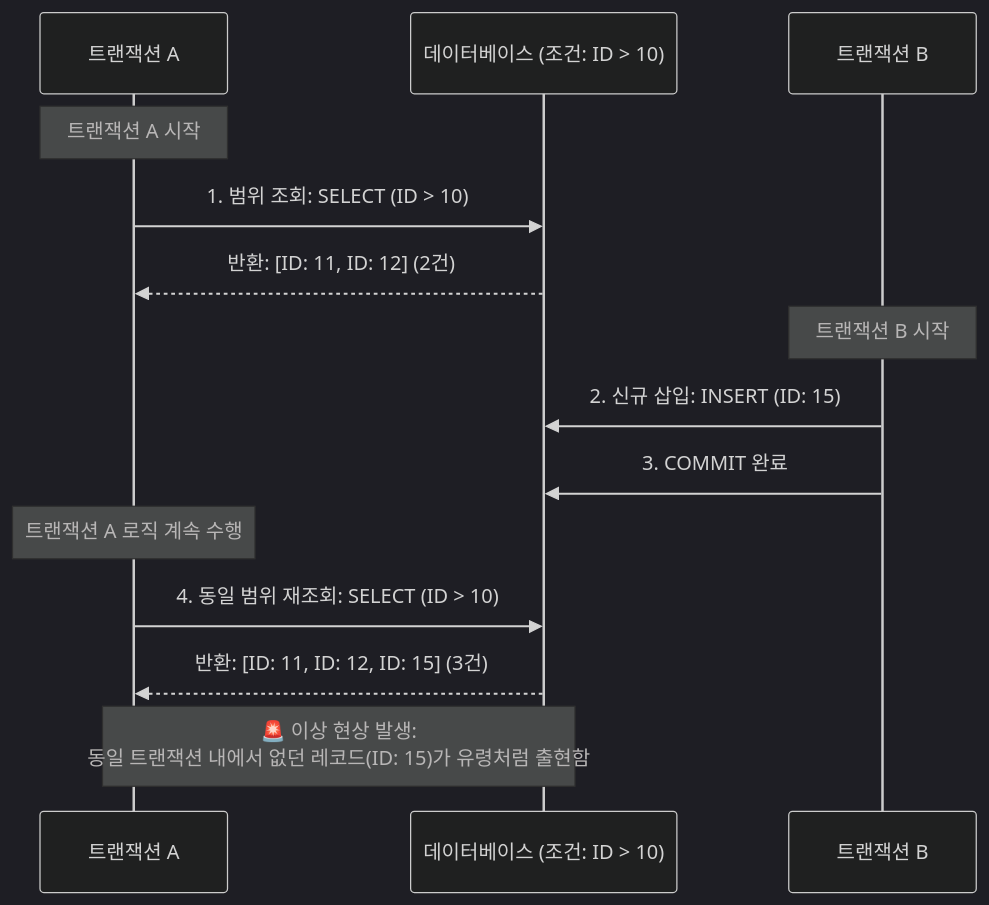
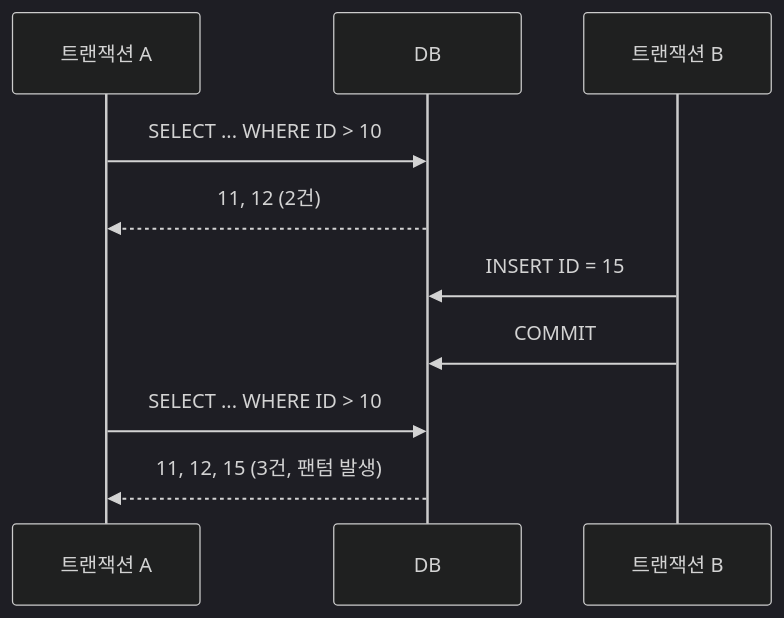
The diagram in content/01_IT Tech/Phantom Read.md (supremethumb/supremethumb.github.io), drawn with Mermaid (dark theme) before and after one commit. The commit also changed other lines of this file and 1087 other files, not shown here.

````diff
--- a/content/01_IT Tech/Phantom Read.md
+++ b/content/01_IT Tech/Phantom Read.md
@@ -27,24 +35,12 @@
 ```mermaid
 sequenceDiagram
-    participant TxA as 트랜잭션 A
-    participant DB as 데이터베이스 (조건: ID > 10)
-    participant TxB as 트랜잭션 B
-
-    Note over TxA: 트랜잭션 A 시작
-
-    TxA->>DB: 1. 범위 조회: SELECT (ID > 10)
-    DB-->>TxA: 반환: [ID: 11, ID: 12] (2건)
-    
-    Note over TxB: 트랜잭션 B 시작
-
-    TxB->>DB: 2. 신규 삽입: INSERT (ID: 15)
-    TxB->>DB: 3. COMMIT 완료
-    
-    Note over TxA: 트랜잭션 A 로직 계속 수행
-
-    TxA->>DB: 4. 동일 범위 재조회: SELECT (ID > 10)
-    DB-->>TxA: 반환: [ID: 11, ID: 12, ID: 15] (3건)
-    
-    Note over TxA,DB: 🚨 이상 현상 발생:<br/>동일 트랜잭션 내에서 없던 레코드(ID: 15)가 유령처럼 출현함
-
+    participant A as 트랜잭션 A
+    participant DB as DB
+    participant B as 트랜잭션 B
+    A->>DB: SELECT ... WHERE ID > 10
+    DB-->>A: 11, 12 (2건)
+    B->>DB: INSERT ID = 15
+    B->>DB: COMMIT
+    A->>DB: SELECT ... WHERE ID > 10
+    DB-->>A: 11, 12, 15 (3건, 팬텀 발생)
 ```
````
